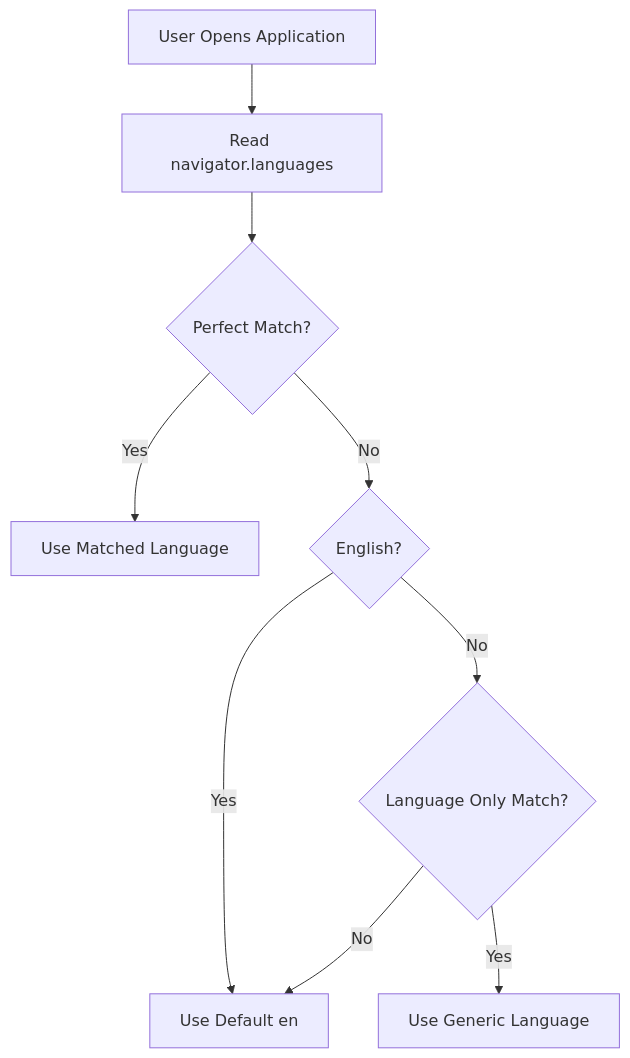
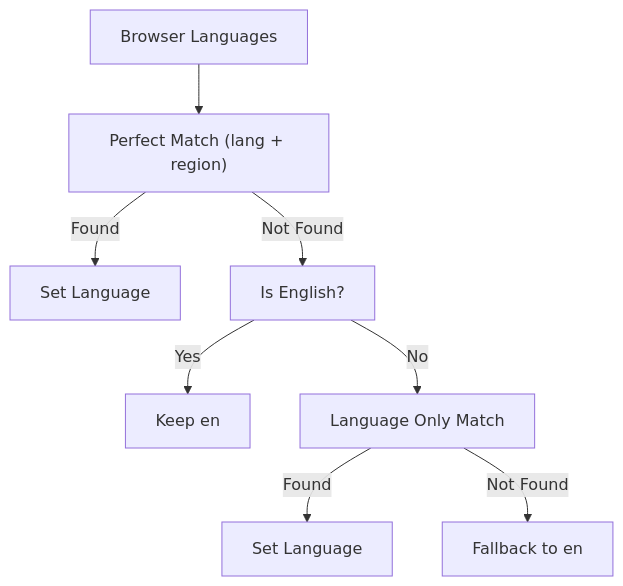
The second of 6 diagrams in docs/reference/architecture/localization/localization.md (Ylianst/MeshCentral), drawn with Mermaid before and after one commit. The commit also changed other lines of this file and 642 other files, not shown here.

````diff
--- a/docs/reference/architecture/localization/localization.md
+++ b/docs/reference/architecture/localization/localization.md
@@ -79,11 +82,10 @@
 ```mermaid
 flowchart TD
-    Start["User Opens Application"] --> ReadPrefs["Read navigator.languages"]
-    ReadPrefs --> PerfectMatch{"Perfect Match?"}
-    PerfectMatch -->|"Yes"| UseLang["Use Matched Language"]
-    PerfectMatch -->|"No"| EnglishCheck{"English?"}
-    EnglishCheck -->|"Yes"| UseDefault["Use Default en"]
-    EnglishCheck -->|"No"| GenericMatch{"Language Only Match?"}
-    GenericMatch -->|"Yes"| UseGeneric["Use Generic Language"]
-    GenericMatch -->|"No"| UseDefault
+    Start["Browser Languages"] --> Perfect["Perfect Match (lang + region)"]
+    Perfect -->|"Found"| Select1["Set Language"]
+    Perfect -->|"Not Found"| EnglishCheck["Is English?"]
+    EnglishCheck -->|"Yes"| DefaultEN["Keep en"]
+    EnglishCheck -->|"No"| Partial["Language Only Match"]
+    Partial -->|"Found"| Select2["Set Language"]
+    Partial -->|"Not Found"| Fallback["Fallback to en"]
 ```
````
